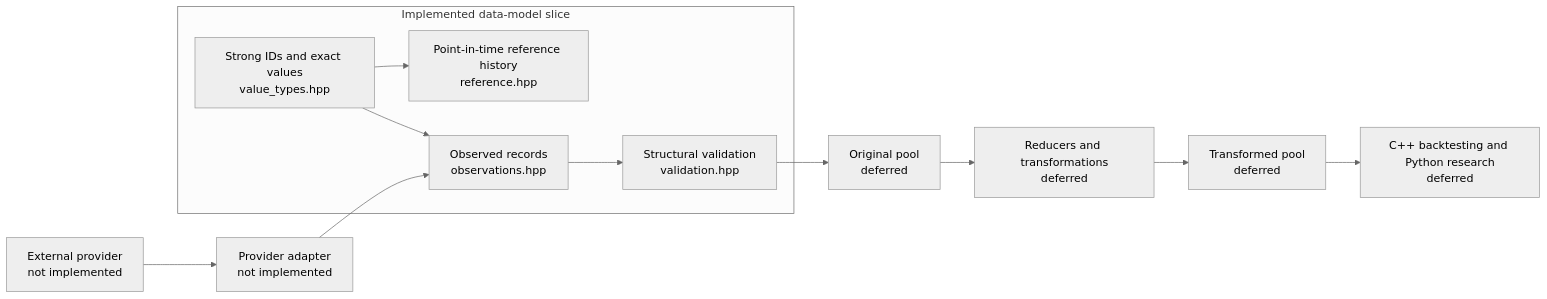
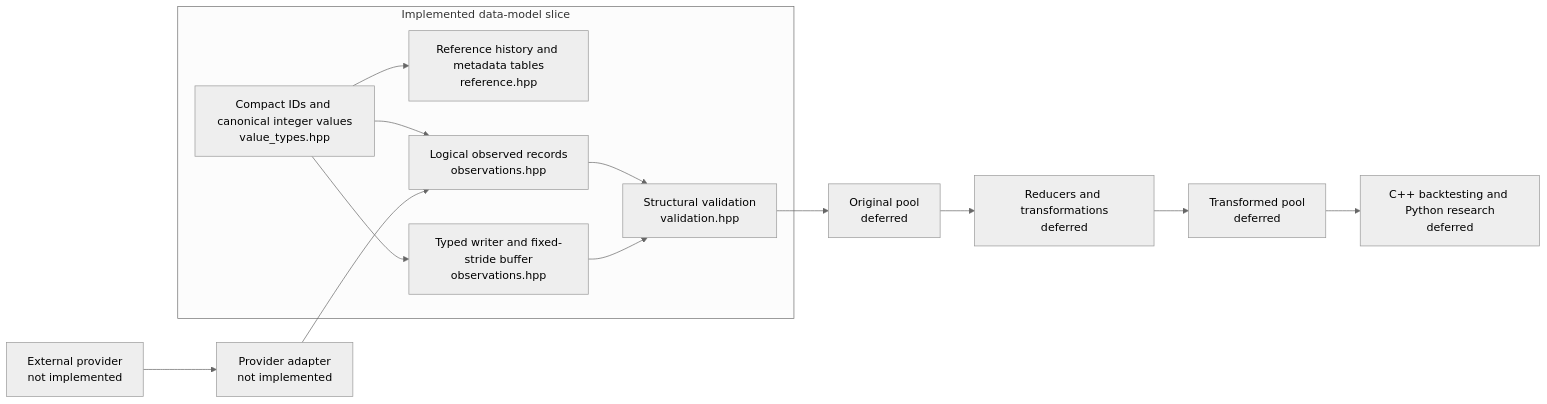
One commit to zenpuddah/quant-project changed the diagram in docs/architecture/phase1-data-model-implementation.md. Above: the diagram before and after it, drawn with Mermaid (neutral theme). The commit also changed other lines of this file and 12 other files, not shown here.

````diff
--- a/docs/architecture/phase1-data-model-implementation.md
+++ b/docs/architecture/phase1-data-model-implementation.md
@@ -13,20 +13,23 @@
 ```mermaid
 flowchart LR
     Provider[External provider\nnot implemented] --> Adapter[Provider adapter\nnot implemented]
 
     subgraph Current[Implemented data-model slice]
-        Values[Strong IDs and exact values\nvalue_types.hpp]
-        Reference[Point-in-time reference history\nreference.hpp]
-        Records[Observed records\nobservations.hpp]
+        Values[Compact IDs and canonical integer values\nvalue_types.hpp]
+        Reference[Reference history and metadata tables\nreference.hpp]
+        Records[Logical observed records\nobservations.hpp]
+        Mbo[Typed writer and fixed-stride buffer\nobservations.hpp]
         Checks[Structural validation\nvalidation.hpp]
         Values --> Reference
         Values --> Records
+        Values --> Mbo
         Records --> Checks
+        Mbo --> Checks
     end
 
     Adapter --> Records
     Checks --> Original[Original pool\ndeferred]
     Original --> Reducers[Reducers and transformations\ndeferred]
     Reducers --> Transformed[Transformed pool\ndeferred]
     Transformed --> Consumers[C++ backtesting and Python research\ndeferred]
 ```
````
